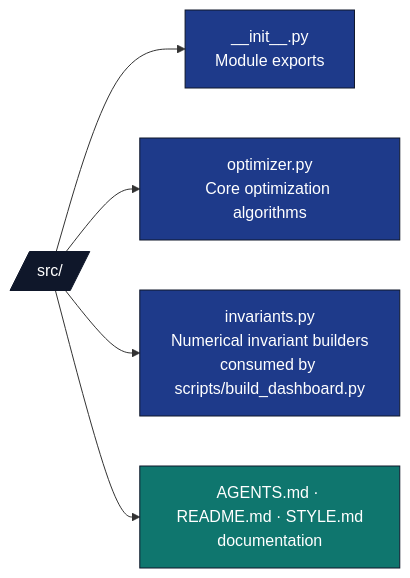
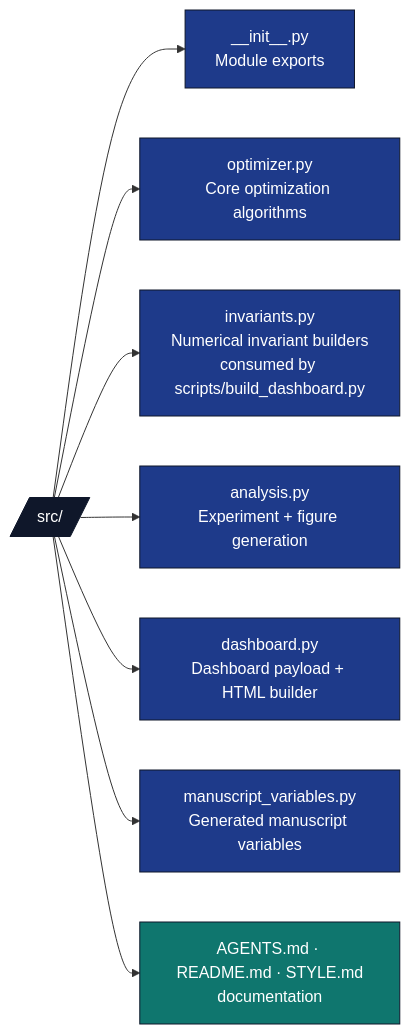
Before and after one commit to docxology/template: the diagram in projects/template_code_project/src/AGENTS.md, drawn with Mermaid. The commit also changed other lines of this file and 952 other files, not shown here.

````diff
--- a/projects/template_code_project/src/AGENTS.md
+++ b/projects/template_code_project/src/AGENTS.md
@@ -18,15 +19,18 @@
 ```mermaid
 flowchart LR
     SRC[/src//]
     SRC --> INIT[__init__.py<br/>Module exports]
     SRC --> OPT[optimizer.py<br/>Core optimization algorithms]
     SRC --> INV[invariants.py<br/>Numerical invariant builders<br/>consumed by scripts/build_dashboard.py]
+    SRC --> ANA[analysis.py<br/>Experiment + figure generation]
+    SRC --> DASH[dashboard.py<br/>Dashboard payload + HTML builder]
+    SRC --> VARS[manuscript_variables.py<br/>Generated manuscript variables]
     SRC --> AG[AGENTS.md · README.md · STYLE.md<br/>documentation]
 
     classDef d fill:#0f172a,stroke:#0f172a,color:#fff
     classDef code fill:#1e3a8a,stroke:#0f172a,color:#fff
     classDef doc fill:#0f766e,stroke:#0f172a,color:#fff
     class SRC d
-    class INIT,OPT,INV code
+    class INIT,OPT,INV,ANA,DASH,VARS code
     class AG doc
 ```
````
